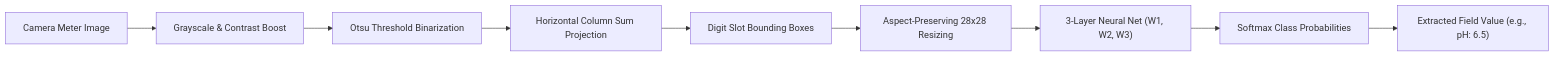
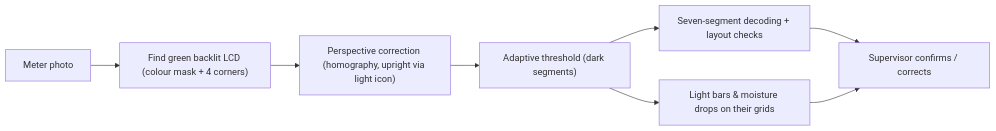
Before and after one commit to hirusha-03/J26-DS-329: the third of 4 diagrams in PROJECT_DOCUMENTATION.md, drawn with Mermaid. The commit also changed other lines of this file and 10 other files, not shown here.

First line of the commit message:
fix(monitor): replace meter scan OCR with on-device seven-segment reader

````diff
--- a/PROJECT_DOCUMENTATION.md
+++ b/PROJECT_DOCUMENTATION.md
@@ -294,11 +290,10 @@
 ```mermaid
 flowchart LR
-    MeterPhoto["Camera Meter Image"] --> Grayscale["Grayscale & Contrast Boost"]
-    Grayscale --> Otsu["Otsu Threshold Binarization"]
-    Otsu --> ColProjection["Horizontal Column Sum Projection"]
-    ColProjection --> Segments["Digit Slot Bounding Boxes"]
-    Segments --> AspectResize["Aspect-Preserving 28x28 Resizing"]
-    AspectResize --> MLP["3-Layer Neural Net (W1, W2, W3)"]
-    MLP --> Softmax["Softmax Class Probabilities"]
-    Softmax --> ExtractedVal["Extracted Field Value (e.g., pH: 6.5)"]
+    Photo["Meter photo"] --> Find["Find green backlit LCD (colour mask + 4 corners)"]
+    Find --> Warp["Perspective correction (homography, upright via light icon)"]
+    Warp --> Ink["Adaptive threshold (dark segments)"]
+    Ink --> Digits["Seven-segment decoding + layout checks"]
+    Ink --> Icons["Light bars & moisture drops on their grids"]
+    Digits --> Confirm["Supervisor confirms / corrects"]
+    Icons --> Confirm
 ```
````
